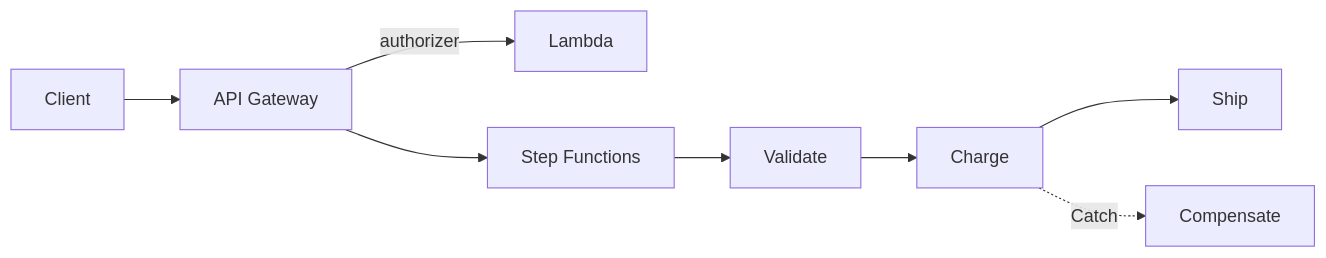
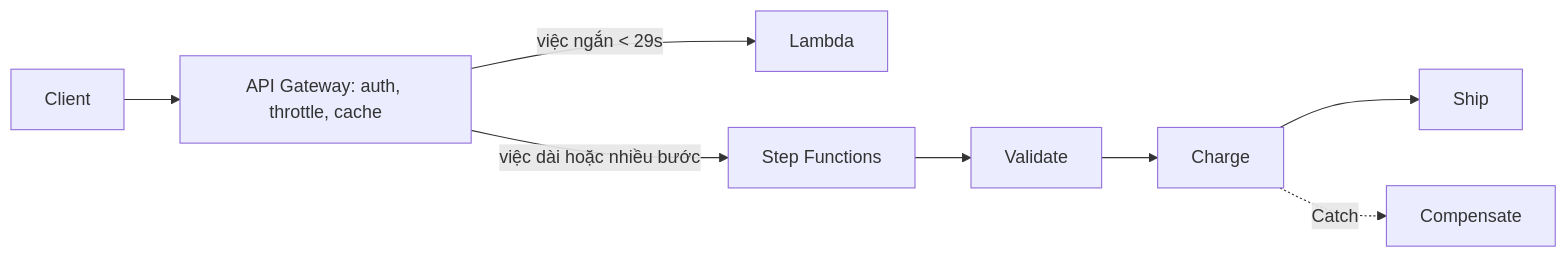
Before and after one commit to passion-Infinity/personal-tech-playbook: the diagram in src/assets/knowledge/playbooks/aws/api-gateway-step-functions.md, drawn with Mermaid. The commit also changed other lines of this file and 6 other files, not shown here.

First line of the commit message:
Deep-dive rewrite: API Gateway/Step Functions, Kinesis, data analytics, CloudFormation, Organizations, Well-Architected

````diff
--- a/src/assets/knowledge/playbooks/aws/api-gateway-step-functions.md
+++ b/src/assets/knowledge/playbooks/aws/api-gateway-step-functions.md
@@ -15,8 +35,8 @@
 ```mermaid
 flowchart LR
-    C[Client] --> AG["API Gateway"]
-    AG -->|authorizer| L[Lambda]
-    AG --> SF["Step Functions"]
+    C[Client] --> AG["API Gateway: auth, throttle, cache"]
+    AG -->|"việc ngắn < 29s"| L[Lambda]
+    AG -->|"việc dài hoặc nhiều bước"| SF["Step Functions"]
     SF --> T1[Validate] --> T2[Charge] --> T3[Ship]
-    T2 -. "Catch" .-> T4[Compensate]
+    T2 -.->|Catch| T4[Compensate]
 ```
````
